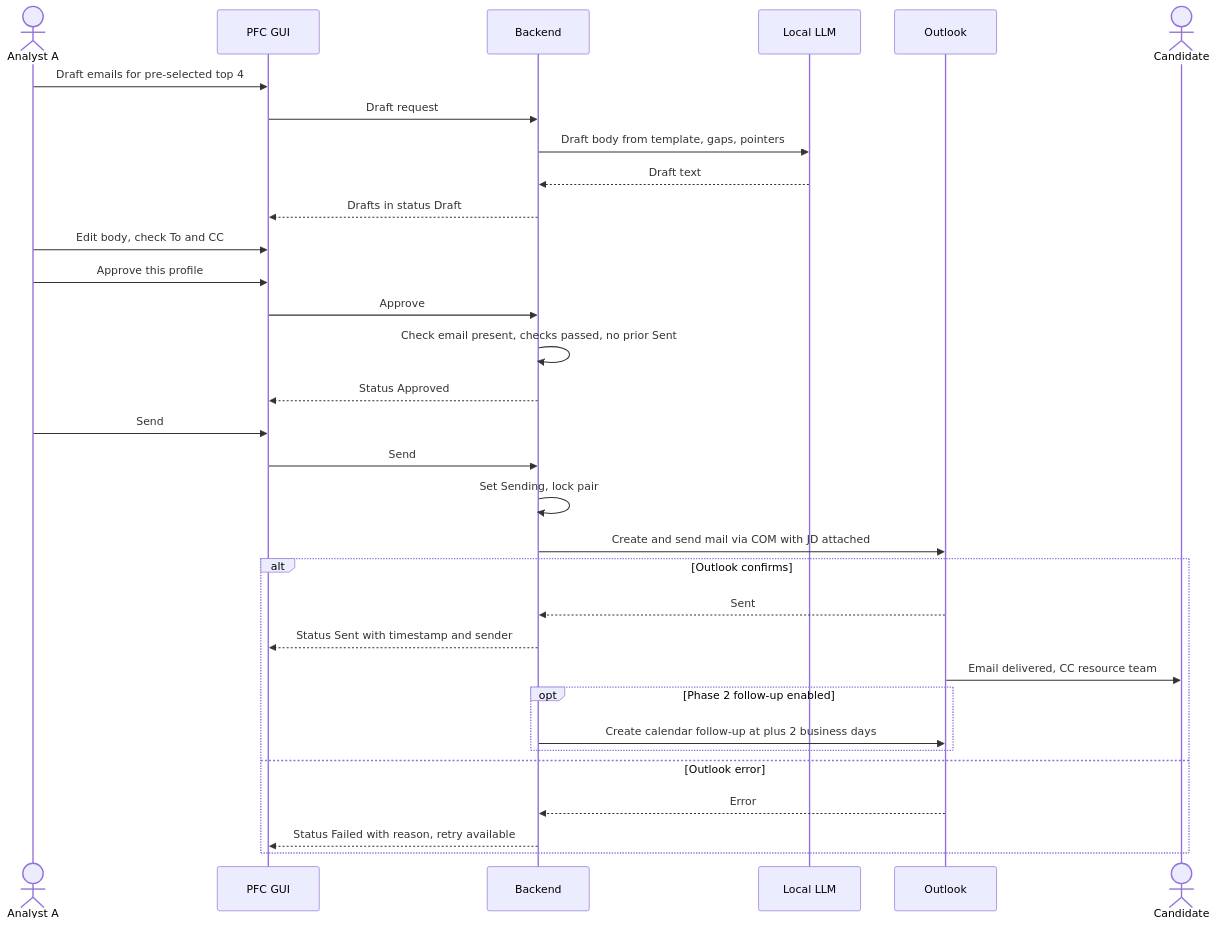
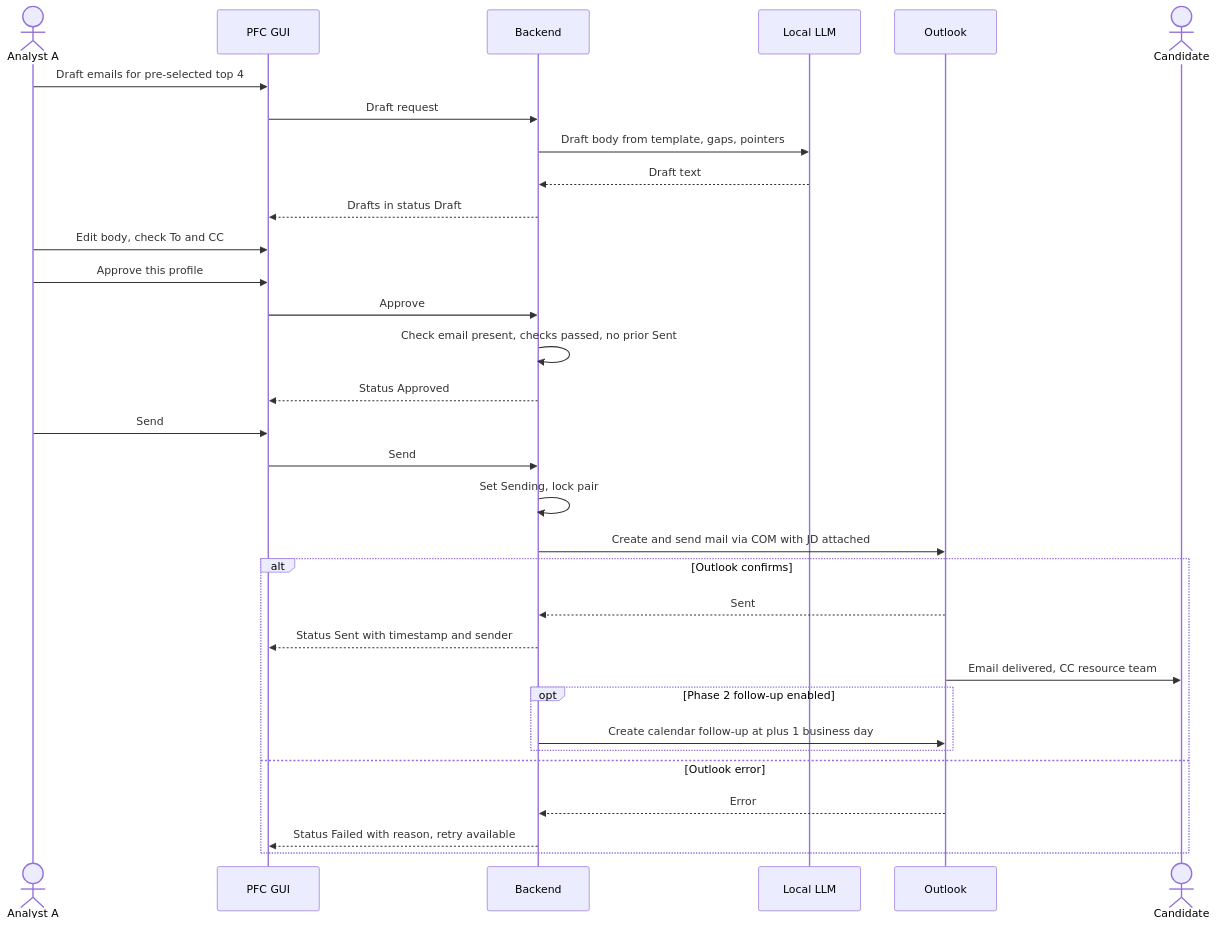
Before and after one commit to Cognition-Partner-Workshops/PerfectFitCandidate: the fifth of 12 diagrams in PFC/docs/WORKFLOW.md, drawn with Mermaid. The commit also changed other lines of this file and 10 other files, not shown here.

````diff
--- a/PFC/docs/WORKFLOW.md
+++ b/PFC/docs/WORKFLOW.md
@@ -244,34 +244,34 @@
 ```mermaid
 sequenceDiagram
     actor AN as Analyst A
     participant UI as PFC GUI
     participant API as Backend
     participant LLM as Local LLM
     participant OL as Outlook
     actor CD as Candidate
     AN->>UI: Draft emails for pre-selected top 4
     UI->>API: Draft request
     API->>LLM: Draft body from template, gaps, pointers
     LLM-->>API: Draft text
     API-->>UI: Drafts in status Draft
     AN->>UI: Edit body, check To and CC
     AN->>UI: Approve this profile
     UI->>API: Approve
     API->>API: Check email present, checks passed, no prior Sent
     API-->>UI: Status Approved
     AN->>UI: Send
     UI->>API: Send
     API->>API: Set Sending, lock pair
     API->>OL: Create and send mail via COM with JD attached
     alt Outlook confirms
         OL-->>API: Sent
         API-->>UI: Status Sent with timestamp and sender
         OL->>CD: Email delivered, CC resource team
         opt Phase 2 follow-up enabled
-            API->>OL: Create calendar follow-up at plus 2 business days
+            API->>OL: Create calendar follow-up at plus 1 business day
         end
     else Outlook error
         OL-->>API: Error
         API-->>UI: Status Failed with reason, retry available
     end
 ```
````
